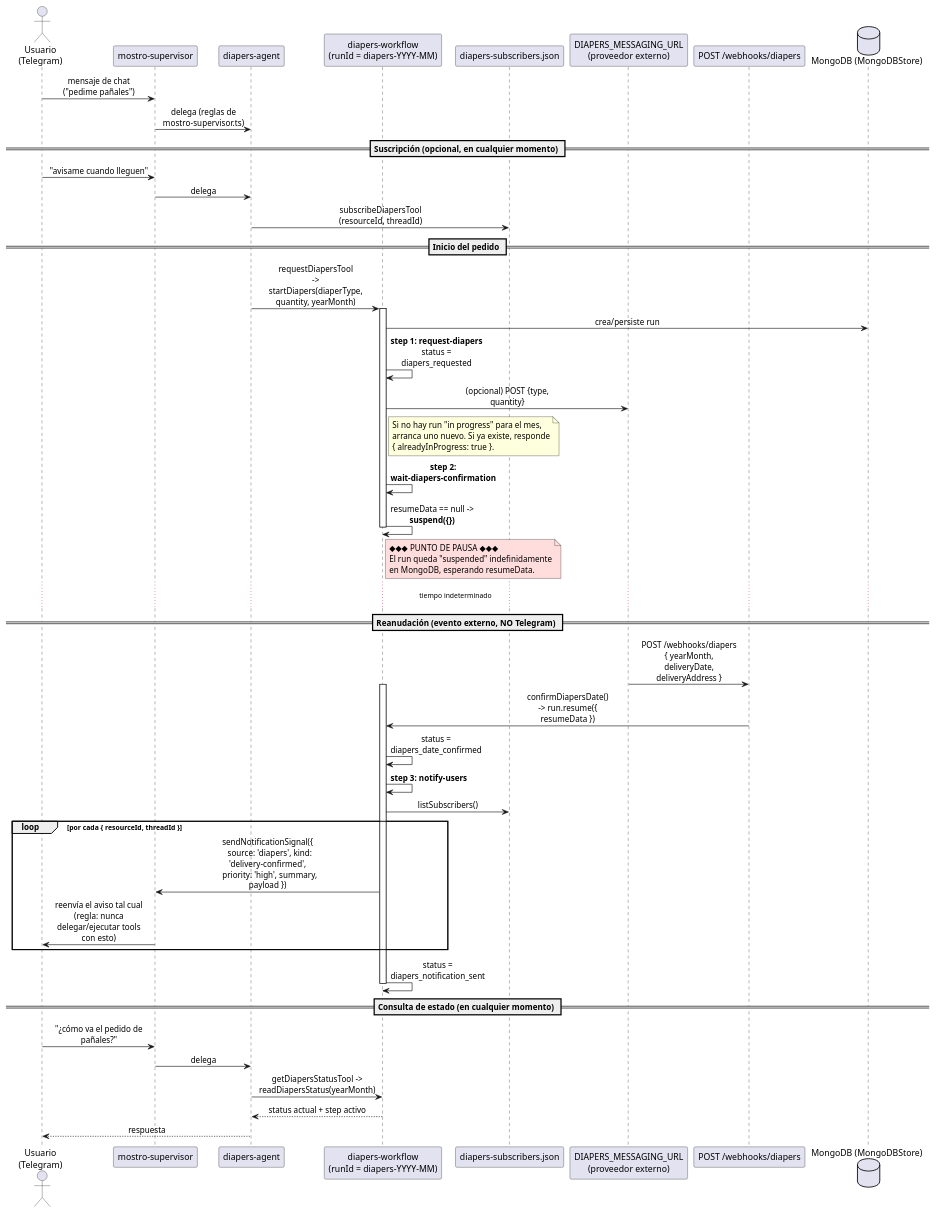
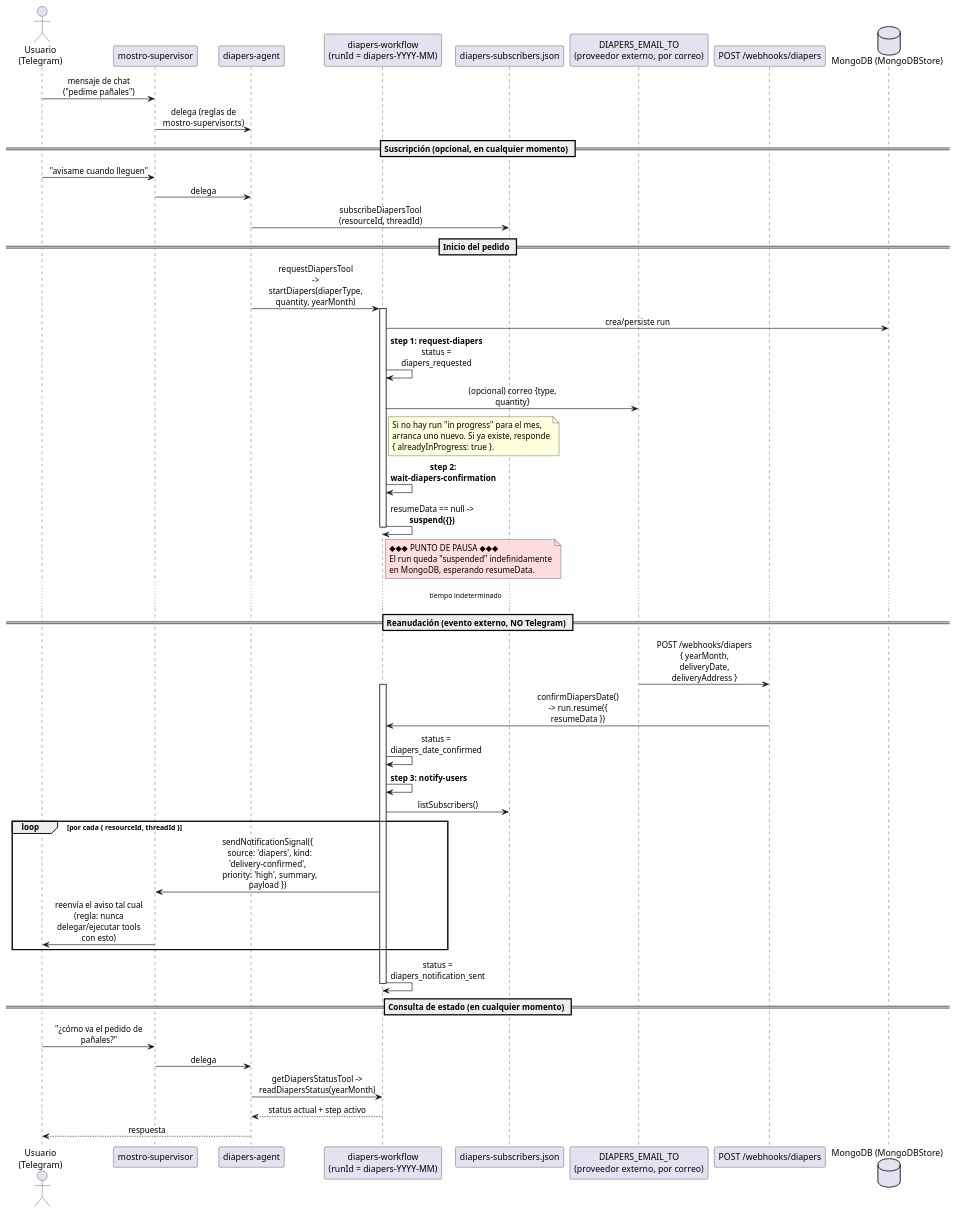
One commit to alex-bluetrain/mostro changed the first of 2 diagrams in diapers-flow.md. Above: the diagram before and after it, drawn with PlantUML. The commit also changed 3 other files, not shown here.

Commit message:
refactor: drop the external messaging URL mechanism

````diff
--- a/diapers-flow.md
+++ b/diapers-flow.md
@@ -7,68 +7,68 @@
 ```plantuml
 @startuml diapers-sequence
 skinparam sequenceMessageAlign center
 skinparam maxMessageSize 160
 
 actor "Usuario\n(Telegram)" as User
 participant "mostro-supervisor" as Supervisor
 participant "diapers-agent" as Agent
 participant "diapers-workflow\n(runId = diapers-YYYY-MM)" as WF
 participant "diapers-subscribers.json" as Subs
-participant "DIAPERS_MESSAGING_URL\n(proveedor externo)" as Provider
+participant "DIAPERS_EMAIL_TO\n(proveedor externo, por correo)" as Provider
 participant "POST /webhooks/diapers" as Webhook
 database "MongoDB (MongoDBStore)" as DB
 
 User -> Supervisor: mensaje de chat\n("pedime pañales")
 Supervisor -> Agent: delega (reglas de mostro-supervisor.ts)
 
 == Suscripción (opcional, en cualquier momento) ==
 User -> Supervisor: "avisame cuando lleguen"
 Supervisor -> Agent: delega
 Agent -> Subs: subscribeDiapersTool\n(resourceId, threadId)
 
 == Inicio del pedido ==
 Agent -> WF: requestDiapersTool\n-> startDiapers(diaperType, quantity, yearMonth)
 activate WF
 WF -> DB: crea/persiste run
 WF -> WF: **step 1: request-diapers**\nstatus = diapers_requested
-WF -> Provider: (opcional) POST {type, quantity}
+WF -> Provider: (opcional) correo {type, quantity}
 note right of WF
   Si no hay run "in progress" para el mes,
   arranca uno nuevo. Si ya existe, responde
   { alreadyInProgress: true }.
 end note
 
 WF -> WF: **step 2: wait-diapers-confirmation**
 WF -> WF: resumeData == null -> **suspend({})**
 note right of WF #FFDDDD
   ◆◆◆ PUNTO DE PAUSA ◆◆◆
   El run queda "suspended" indefinidamente
   en MongoDB, esperando resumeData.
 end note
 deactivate WF
 
 ... tiempo indeterminado ...
 
 == Reanudación (evento externo, NO Telegram) ==
 Provider -> Webhook: POST /webhooks/diapers\n{ yearMonth, deliveryDate, deliveryAddress }
 activate WF
 Webhook -> WF: confirmDiapersDate()\n-> run.resume({ resumeData })
 WF -> WF: status = diapers_date_confirmed
 
 WF -> WF: **step 3: notify-users**
 WF -> Subs: listSubscribers()
 loop por cada { resourceId, threadId }
   WF -> Supervisor: sendNotificationSignal({\n  source: 'diapers', kind: 'delivery-confirmed',\n  priority: 'high', summary, payload })
   Supervisor -> User: reenvía el aviso tal cual\n(regla: nunca delegar/ejecutar tools con esto)
 end
 WF -> WF: status = diapers_notification_sent
 deactivate WF
 
 == Consulta de estado (en cualquier momento) ==
 User -> Supervisor: "¿cómo va el pedido de pañales?"
 Supervisor -> Agent: delega
 Agent -> WF: getDiapersStatusTool -> readDiapersStatus(yearMonth)
 WF --> Agent: status actual + step activo
 Agent --> User: respuesta
 @enduml
 ```
````
